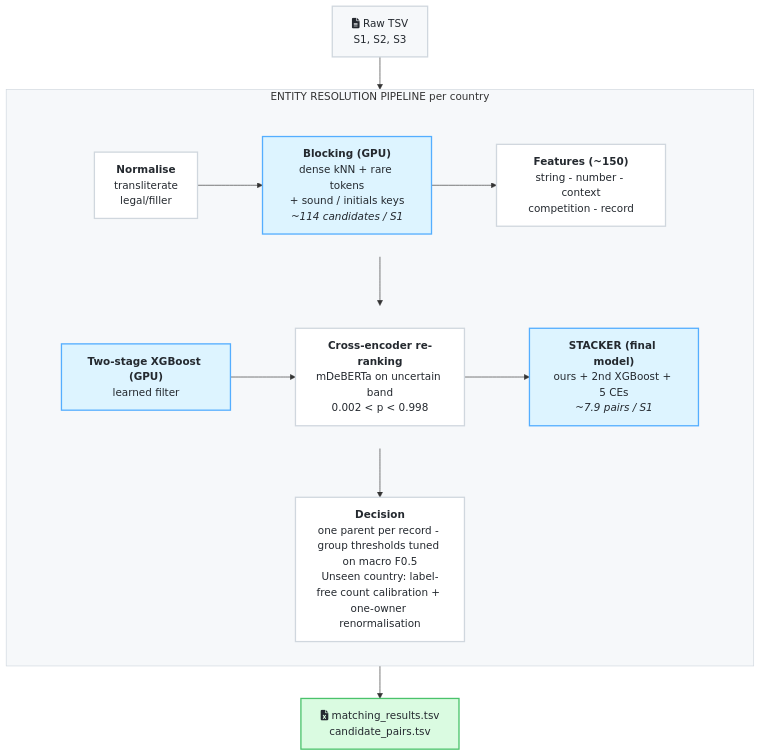
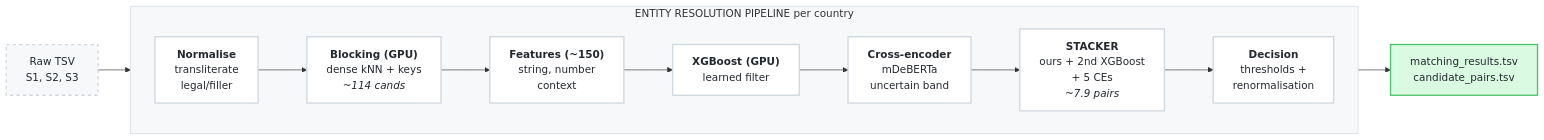
The diagram in README.md (pranav2007kumar/Amazon-ml-entity-resolution), drawn with Mermaid before and after one commit.

Commit message:
Make Mermaid flowchart LR and more compact

````diff
--- a/README.md
+++ b/README.md
@@ -42,43 +42,23 @@
 ```mermaid
-flowchart TD
+flowchart LR
     classDef step fill:#ffffff,stroke:#d0d7de,stroke-width:2px,color:#24292f,text-align:center
-    classDef input fill:#f6f8fa,stroke:#d0d7de,stroke-width:2px,color:#24292f
+    classDef input fill:#f6f8fa,stroke:#d0d7de,stroke-width:2px,color:#24292f,stroke-dasharray: 5 5
     classDef output fill:#dafbe1,stroke:#4ac26b,stroke-width:2px,color:#24292f
-    classDef highlight fill:#ddf4ff,stroke:#54aeff,stroke-width:2px,color:#24292f,text-align:center
 
-    Input[fa:fa-file-alt Raw TSV <br> S1, S2, S3]:::input --> Norm
-
+    In[Raw TSV<br>S1, S2, S3]:::input --> N
+    
     subgraph Pipeline [ENTITY RESOLUTION PIPELINE per country]
-        direction TB
-        
-        subgraph Row1 [ ]
-            direction LR
-            Norm["<b>Normalise</b><br/>transliterate<br/>legal/filler"]:::step
-            Block["<b>Blocking (GPU)</b><br/>dense kNN + rare tokens<br/>+ sound / initials keys<br/><i>~114 candidates / S1</i>"]:::highlight
-            Feats["<b>Features (~150)</b><br/>string - number - context<br/>competition - record"]:::step
-            
-            Norm --> Block --> Feats
-        end
-        
-        subgraph Row2 [ ]
-            direction LR
-            XGB["<b>Two-stage XGBoost (GPU)</b><br/>learned filter"]:::highlight
-            CE["<b>Cross-encoder re-ranking</b><br/>mDeBERTa on uncertain band<br/>0.002 < p < 0.998"]:::step
-            Stack["<b>STACKER (final model)</b><br/>ours + 2nd XGBoost + 5 CEs<br/><i>~7.9 pairs / S1</i>"]:::highlight
-            
-            XGB --> CE --> Stack
-        end
-        
-        Feats --> XGB
-        
-        Dec["<b>Decision</b><br/>one parent per record - group thresholds tuned on macro F0.5<br/>Unseen country: label-free count calibration + one-owner renormalisation"]:::step
-        
-        Stack --> Dec
+        direction LR
+        N["<b>Normalise</b><br/>transliterate<br/>legal/filler"]:::step --> B
+        B["<b>Blocking (GPU)</b><br/>dense kNN + keys<br/><i>~114 cands</i>"]:::step --> F
+        F["<b>Features (~150)</b><br/>string, number<br/>context"]:::step --> X
+        X["<b>XGBoost (GPU)</b><br/>learned filter"]:::step --> C
+        C["<b>Cross-encoder</b><br/>mDeBERTa<br/>uncertain band"]:::step --> S
+        S["<b>STACKER</b><br/>ours + 2nd XGBoost<br/>+ 5 CEs<br/><i>~7.9 pairs</i>"]:::step --> D
+        D["<b>Decision</b><br/>thresholds +<br/>renormalisation"]:::step
     end
     
-    style Row1 fill:none,stroke:none
-    style Row2 fill:none,stroke:none
     style Pipeline fill:#f6f8fa,stroke:#d0d7de,stroke-width:1px
-
-    Dec --> Out[fa:fa-file-excel matching_results.tsv <br> candidate_pairs.tsv]:::output
+    
+    D --> Out[matching_results.tsv<br>candidate_pairs.tsv]:::output
 ```
````
